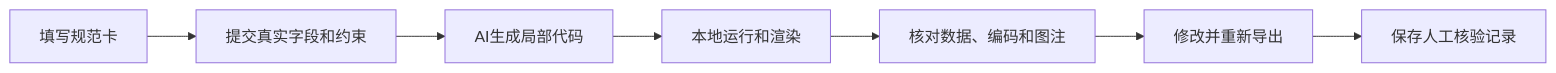
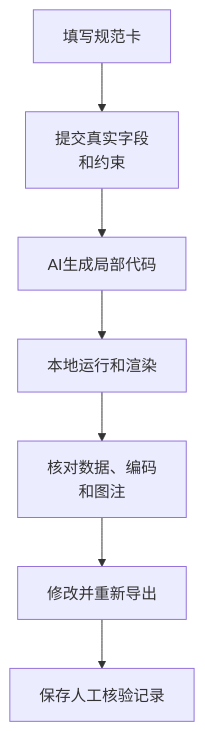
Before and after one commit to luvega/AI_MED_DataVis: the third of 4 diagrams in docs/chapters/chapter-7/index.md, drawn with Mermaid. The commit also changed other lines of this file and 30 other files, not shown here.

Commit message:
Redraw textbook diagrams and correct data-flow relationships

````diff
--- a/docs/chapters/chapter-7/index.md
+++ b/docs/chapters/chapter-7/index.md
@@ -665,9 +668,9 @@
 ```mermaid
-flowchart LR
-  A["填写规范卡"] --> B["提交真实字段和约束"]
+flowchart TB
+  A["填写规范卡"] --> B["提交真实字段<br/>和约束"]
   B --> C["AI生成局部代码"]
   C --> D["本地运行和渲染"]
-  D --> E["核对数据、编码和图注"]
+  D --> E["核对数据、编码<br/>和图注"]
   E --> F["修改并重新导出"]
   F --> G["保存人工核验记录"]
 ```
````
